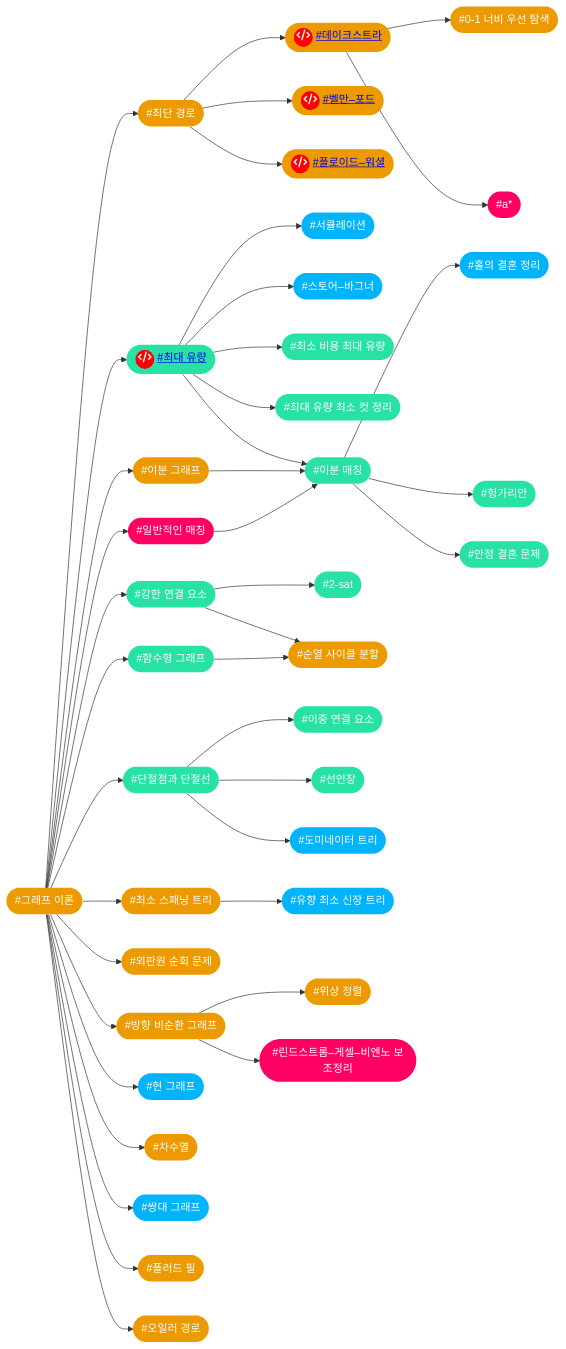
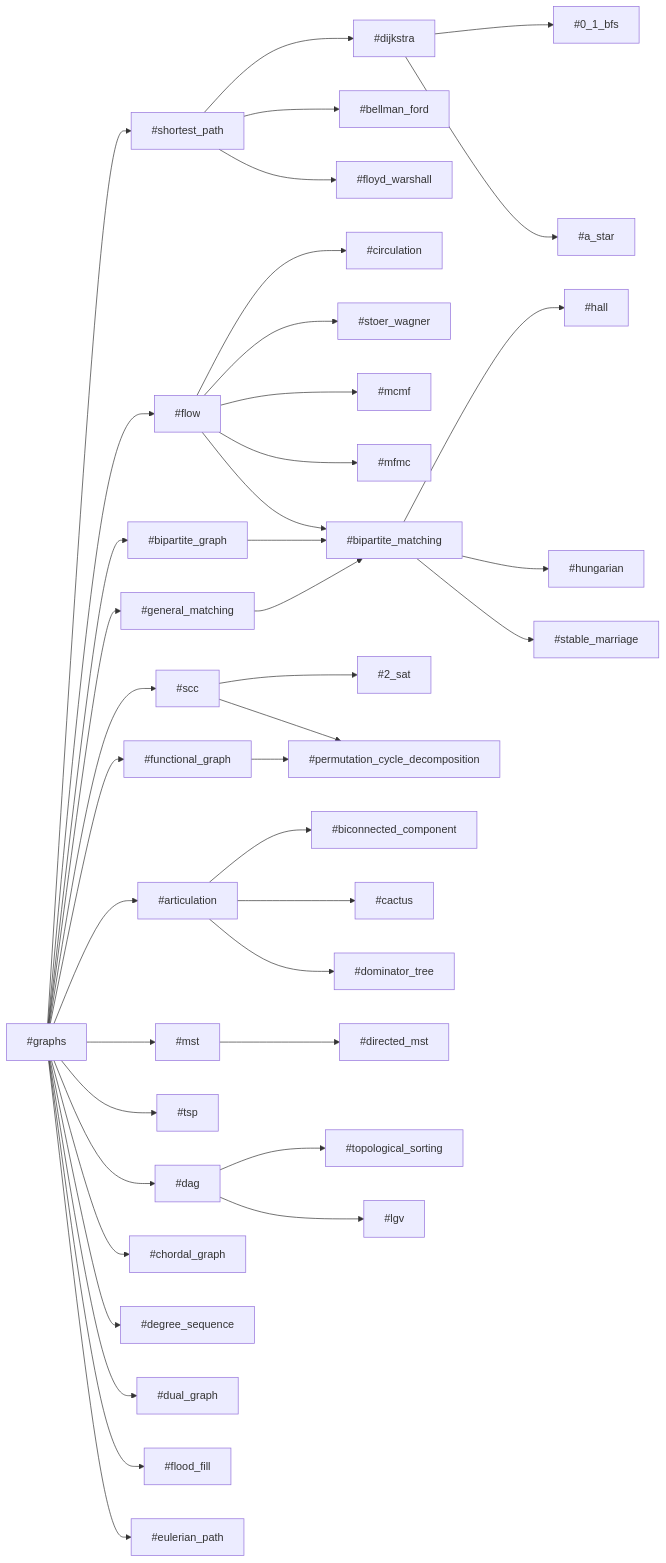
The seventh of 17 diagrams in index.md (CHOYUNSIG/algorithm_with_boj), drawn with Mermaid before and after one commit. The commit also changed other lines of this file and 5 other files, not shown here.

```diff
--- a/index.md
+++ b/index.md
@@ -285,4 +202,4 @@
-<pre class="mermaid">
+<pre class="mermaid tag-connection-define">
     graph LR
 
     #graphs --> #shortest_path
@@ -324,49 +241,4 @@
     #dijkstra --> #a_star
     #dag --> #topological_sorting
     #dag --> #lgv
-
-    #0_1_bfs(["#0-1 너비 우선 탐색"]):::tier2
-    #2_sat(["#2-sat"]):::tier3
-    #a_star(["#a*"]):::tier5
-    #scc(["#강한 연결 요소"]):::tier3
-    #graphs(["#그래프 이론"]):::tier2
-    #articulation(["#단절점과 단절선"]):::tier3
-    #dijkstra(["<span style="background-color: red; border-radius: 50%; display:inline-block; width:28px; height:28px">fa:fa-code</span> <a href="post/2024/01/01/dijkstra.html">#데이크스트라</a>"]):::tier2
-    #dominator_tree(["#도미네이터 트리"]):::tier4
-    #lgv(["#린드스트롬–게셀–비엔노 보조정리"]):::tier5
-    #dag(["#방향 비순환 그래프"]):::tier2
-    #bellman_ford(["<span style="background-color: red; border-radius: 50%; display:inline-block; width:28px; height:28px">fa:fa-code</span> <a href="post/2024/01/07/bellman_ford.html">#벨만–포드</a>"]):::tier2
-    #circulation(["#서큘레이션"]):::tier4
-    #cactus(["#선인장"]):::tier3
-    #permutation_cycle_decomposition(["#순열 사이클 분할"]):::tier2
-    #stoer_wagner(["#스토어–바그너"]):::tier4
-    #dual_graph(["#쌍대 그래프"]):::tier4
-    #stable_marriage(["#안정 결혼 문제"]):::tier3
-    #eulerian_path(["#오일러 경로"]):::tier2
-    #tsp(["#외판원 순회 문제"]):::tier2
-    #topological_sorting(["#위상 정렬"]):::tier2
-    #directed_mst(["#유향 최소 신장 트리"]):::tier4
-    #bipartite_graph(["#이분 그래프"]):::tier2
-    #bipartite_matching(["#이분 매칭"]):::tier3
-    #biconnected_component(["#이중 연결 요소"]):::tier3
-    #general_matching(["#일반적인 매칭"]):::tier5
-    #degree_sequence(["#차수열"]):::tier2
-    #shortest_path(["#최단 경로"]):::tier2
-    #flow(["<span style="background-color: red; border-radius: 50%; display:inline-block; width:28px; height:28px">fa:fa-code</span> <a href="post/2024/02/01/flow.html">#최대 유량</a>"]):::tier3
-    #mfmc(["#최대 유량 최소 컷 정리"]):::tier3
-    #mcmf(["#최소 비용 최대 유량"]):::tier3
-    #mst(["#최소 스패닝 트리"]):::tier2
-    #flood_fill(["#플러드 필"]):::tier2
-    #floyd_warshall(["<span style="background-color: red; border-radius: 50%; display:inline-block; width:28px; height:28px">fa:fa-code</span> <a href="post/2024/01/07/floyd_warshall.html">#플로이드–워셜</a>"]):::tier2
-    #functional_graph(["#함수형 그래프"]):::tier3
-    #hungarian(["#헝가리안"]):::tier3
-    #chordal_graph(["#현 그래프"]):::tier4
-    #hall(["#홀의 결혼 정리"]):::tier4
-
-    classDef tier0 fill:#ad5600, color:#fff, stroke:#0000
-    classDef tier1 fill:#435f7a, color:#fff, stroke:#0000
-    classDef tier2 fill:#ec9a00, color:#fff, stroke:#0000
-    classDef tier3 fill:#27e2a4, color:#fff, stroke:#0000
-    classDef tier4 fill:#00b4fc, color:#fff, stroke:#0000
-    classDef tier5 fill:#ff0062, color:#fff, stroke:#0000
 </pre>
```
